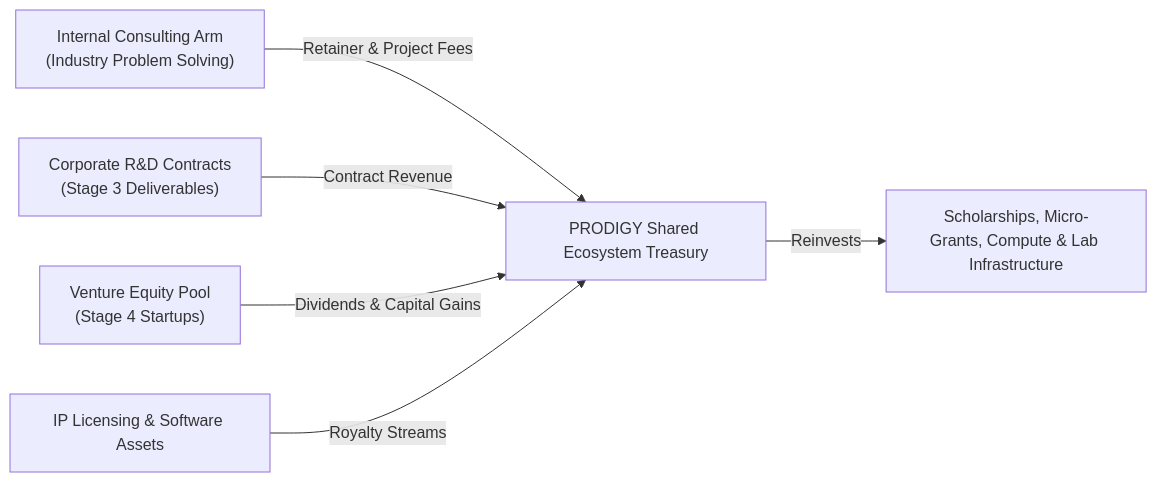
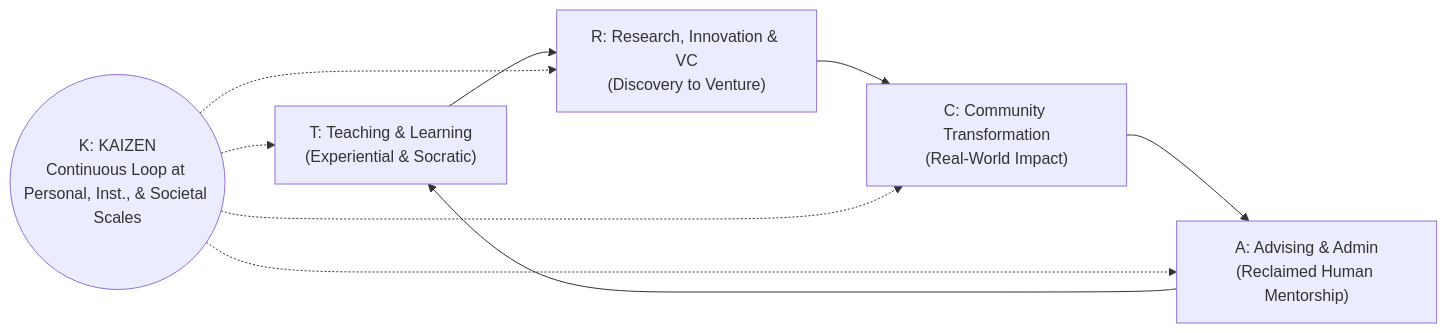
One commit to sanchitnis/prodigym changed the third of 3 diagrams in strategy/concept-note.md. Above: the diagram before and after it, drawn with Mermaid. The commit also changed other lines of this file and 29 other files, not shown here.

````diff
--- a/strategy/concept-note.md
+++ b/strategy/concept-note.md
@@ -236,8 +147,12 @@
 ```mermaid
-graph LR
-    A["Internal Consulting Arm<br/>(Industry Problem Solving)"] -->|Retainer & Project Fees| E["PRODIGY Shared Ecosystem Treasury"]
-    B["Corporate R&D Contracts<br/>(Stage 3 Deliverables)"] -->|Contract Revenue| E
-    C["Venture Equity Pool<br/>(Stage 4 Startups)"] -->|Dividends & Capital Gains| E
-    D["IP Licensing & Software Assets"] -->|Royalty Streams| E
-    E -->|Reinvests| F["Scholarships, Micro-Grants, Compute & Lab Infrastructure"]
+flowchart LR
+    T["T: Teaching & Learning<br/>(Experiential & Socratic)"] --> R["R: Research, Innovation & VC<br/>(Discovery to Venture)"]
+    R --> C["C: Community Transformation<br/>(Real-World Impact)"]
+    C --> A["A: Advising & Admin<br/>(Reclaimed Human Mentorship)"]
+    A --> T
+    
+    K(("K: KAIZEN<br/>Continuous Loop at Personal, Inst., & Societal Scales")) -.-> T
+    K -.-> R
+    K -.-> A
+    K -.-> C
 ```
````
